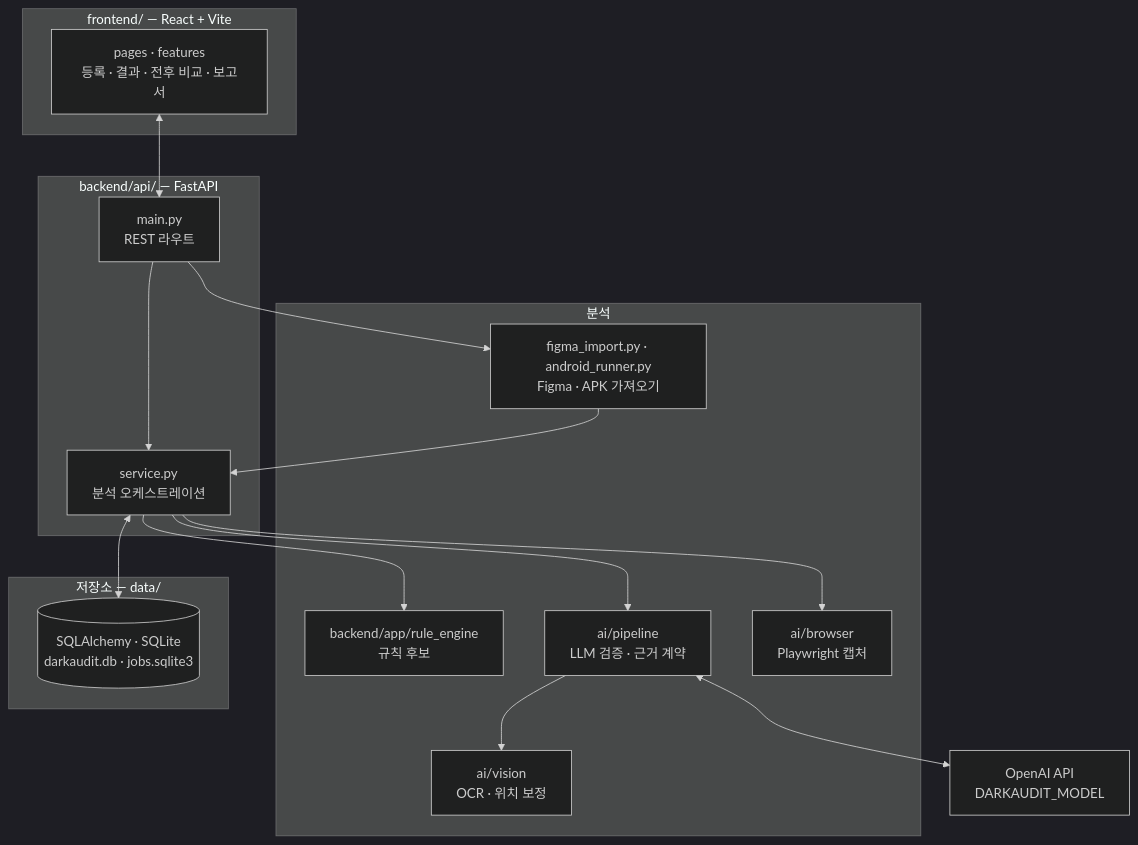
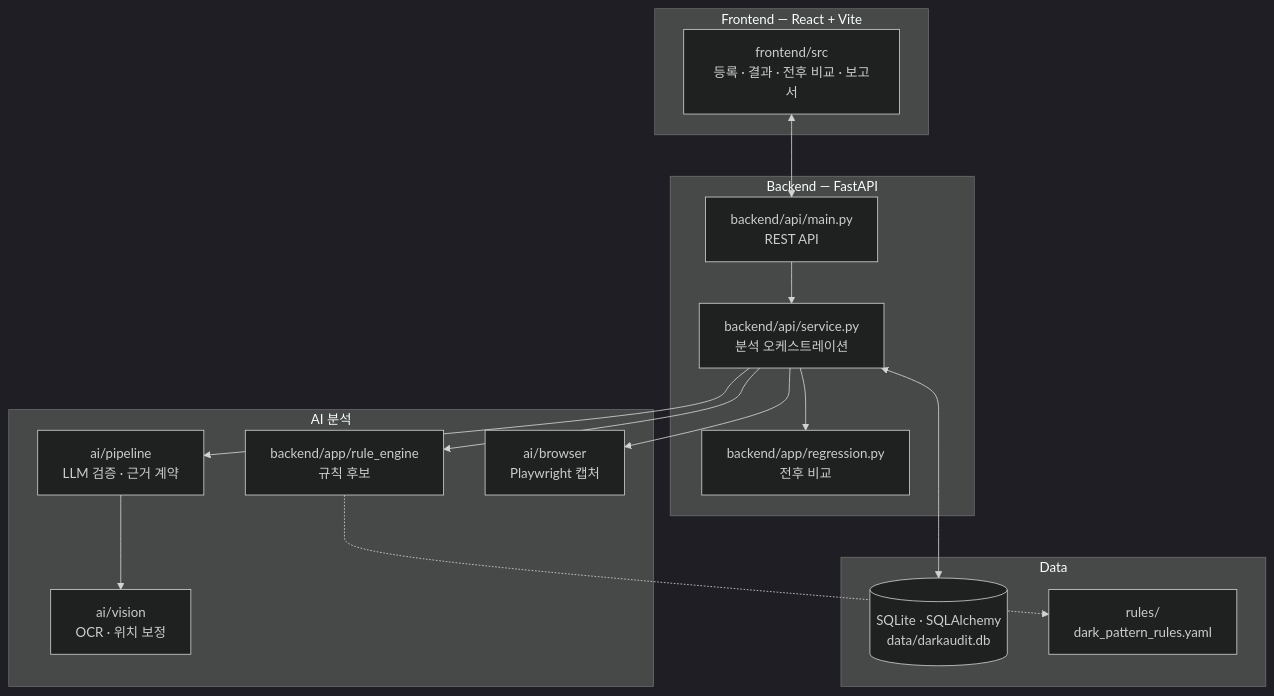
One commit to sogeumbbang/DarkAudit changed the third of 3 diagrams in README.md. Above: the diagram before and after it, drawn with Mermaid (dark theme). The commit also changed other lines of this file and 8 other files, not shown here.

````diff
--- a/README.md
+++ b/README.md
@@ -60,32 +71,27 @@
 ```mermaid
 flowchart TB
-    subgraph FE["frontend/ — React + Vite"]
-        UI["pages · features<br/>등록 · 결과 · 전후 비교 · 보고서"]
+    subgraph FE["Frontend — React + Vite"]
+        UI["frontend/src<br/>등록 · 결과 · 전후 비교 · 보고서"]
     end
-    subgraph API["backend/api/ — FastAPI"]
-        R["main.py<br/>REST 라우트"]
-        S["service.py<br/>분석 오케스트레이션"]
+    subgraph BE["Backend — FastAPI"]
+        API["backend/api/main.py<br/>REST API"]
+        SVC["backend/api/service.py<br/>분석 오케스트레이션"]
+        REG["backend/app/regression.py<br/>전후 비교"]
     end
-    subgraph AN["분석"]
+    subgraph AI["AI 분석"]
         RE["backend/app/rule_engine<br/>규칙 후보"]
-        P["ai/pipeline<br/>LLM 검증 · 근거 계약"]
-        V["ai/vision<br/>OCR · 위치 보정"]
-        B["ai/browser<br/>Playwright 캡처"]
-        IMP["figma_import.py · android_runner.py<br/>Figma · APK 가져오기"]
+        PIPE["ai/pipeline<br/>LLM 검증 · 근거 계약"]
+        VIS["ai/vision<br/>OCR · 위치 보정"]
+        BR["ai/browser<br/>Playwright 캡처"]
     end
-    subgraph ST["저장소 — data/"]
-        DB[("SQLAlchemy · SQLite<br/>darkaudit.db · jobs.sqlite3")]
+    subgraph DATA["Data"]
+        DB[("SQLite · SQLAlchemy<br/>data/darkaudit.db")]
+        RULES["rules/<br/>dark_pattern_rules.yaml"]
     end
-    LLM["OpenAI API<br/>DARKAUDIT_MODEL"]
-
-    UI <--> R
-    R --> S
-    R --> IMP
-    IMP --> S
-    S --> B
-    S --> RE
-    S --> P
-    P --> V
-    P <--> LLM
-    S <--> DB
+    UI <--> API --> SVC
+    SVC --> BR & RE & PIPE
+    PIPE --> VIS
+    SVC --> REG
+    SVC <--> DB
+    RE -.-> RULES
 ```
````
